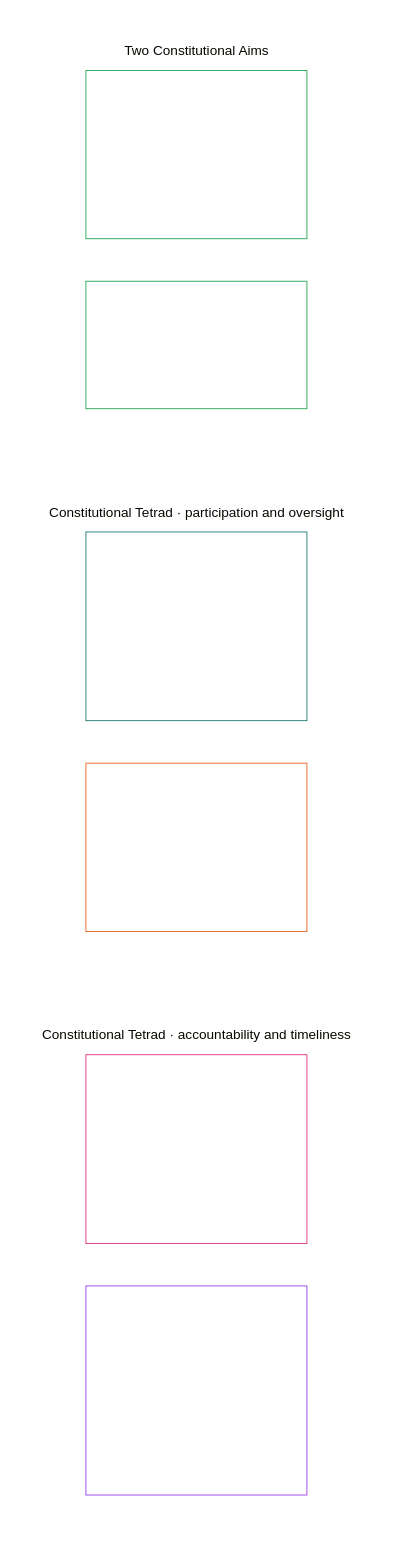
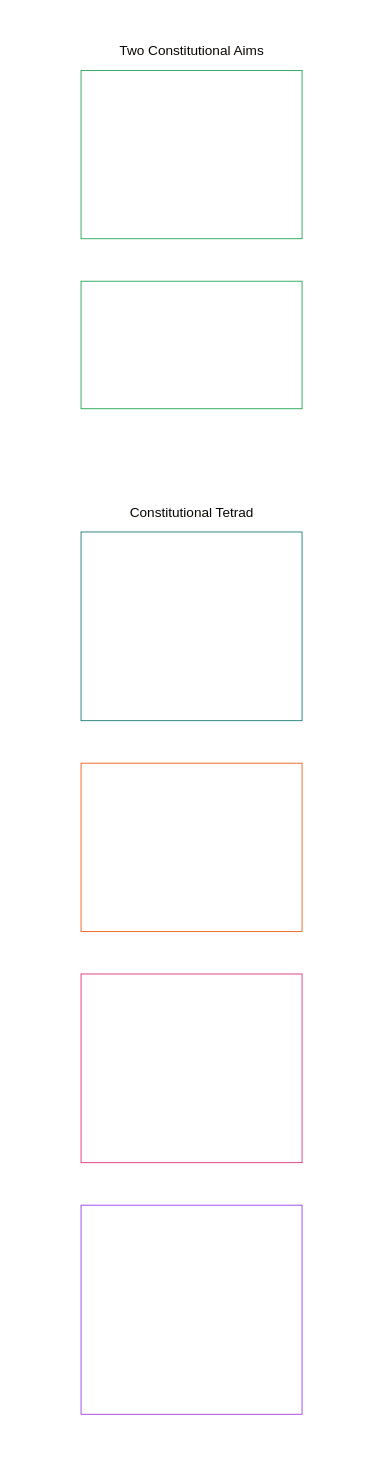
The first of 2 diagrams in core_01.000_values_principles.md (kfoelsch/Sentient_Constitution), drawn with Mermaid (base theme) before and after one commit. The commit also changed 7 other files, not shown here.

First line of the commit message:
Chapter 1 and Conceptual Overview diagram: space the Tetrad boxes evenly

````diff
--- a/core_01.000_values_principles.md
+++ b/core_01.000_values_principles.md
@@ -142,33 +142,28 @@
 ```mermaid
 flowchart TB
     subgraph Foundation[" "]
         direction TB
         subgraph Aims["Two Constitutional Aims"]
             direction LR
             F["Flourishing<br/><br/>• Sentient wellbeing sustained through truth, safety,<br/>trustworthiness, and meaningful agency"]
             C["Continuity<br/><br/>• Long-horizon stability, sustainability, resilience,<br/>and ecological wellbeing"]
         end
-        subgraph Tetrad1["Constitutional Tetrad · participation and oversight"]
+        subgraph Tetrad["Constitutional Tetrad"]
             direction LR
             P["Participation<br/><br/>• Affected sentients get a real voice<br/>• Fair representation and a fair chance to challenge<br/>• Access to consequential roles in proportion to stake"]
             O["Oversight<br/><br/>• Watching, checking, verifying, and keeping records<br/>• Independent review can constrain bad choices"]
-        end
-        subgraph Tetrad2["Constitutional Tetrad · accountability and timeliness"]
-            direction LR
             A["Accountability<br/><br/>• Responsibility traces to the right actors<br/>• Answerability, redress, and real correction<br/>• Bad outcomes trigger repair"]
             T["Timeliness<br/><br/>• Problems are detected, challenged, resolved, and fixed<br/>• Time limits match the material stake<br/>• Delay cannot erase rights, remedies, or repair"]
         end
     end
     F ~~~ P
-    P ~~~ A
     style Foundation fill:none,stroke:none
     style Aims fill:none,stroke:none
-    style Tetrad1 fill:none,stroke:none
-    style Tetrad2 fill:none,stroke:none
+    style Tetrad fill:none,stroke:none
     style F fill:none,stroke:#16a34a,color:#ffffff
     style C fill:none,stroke:#16a34a,color:#ffffff
     style P fill:none,stroke:#0f766e,color:#ffffff
     style O fill:none,stroke:#ea580c,color:#ffffff
     style A fill:none,stroke:#db2777,color:#ffffff
     style T fill:none,stroke:#9333ea,color:#ffffff
 ```
````
